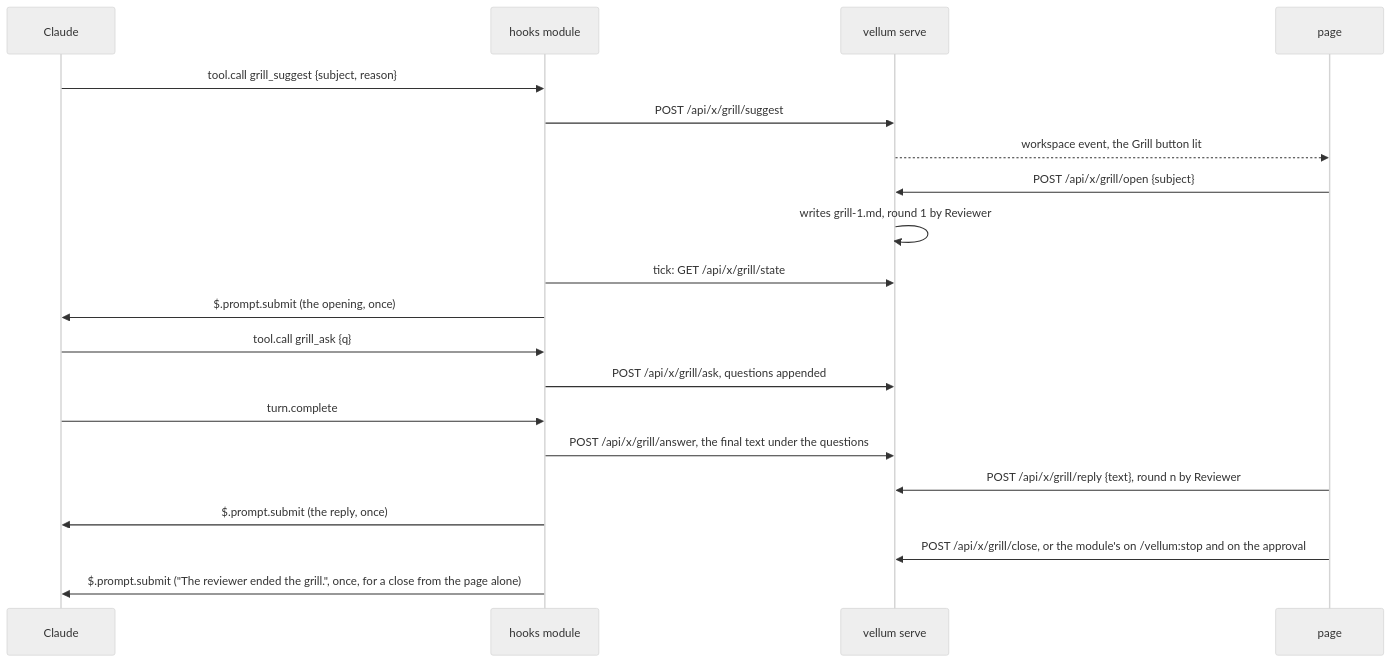
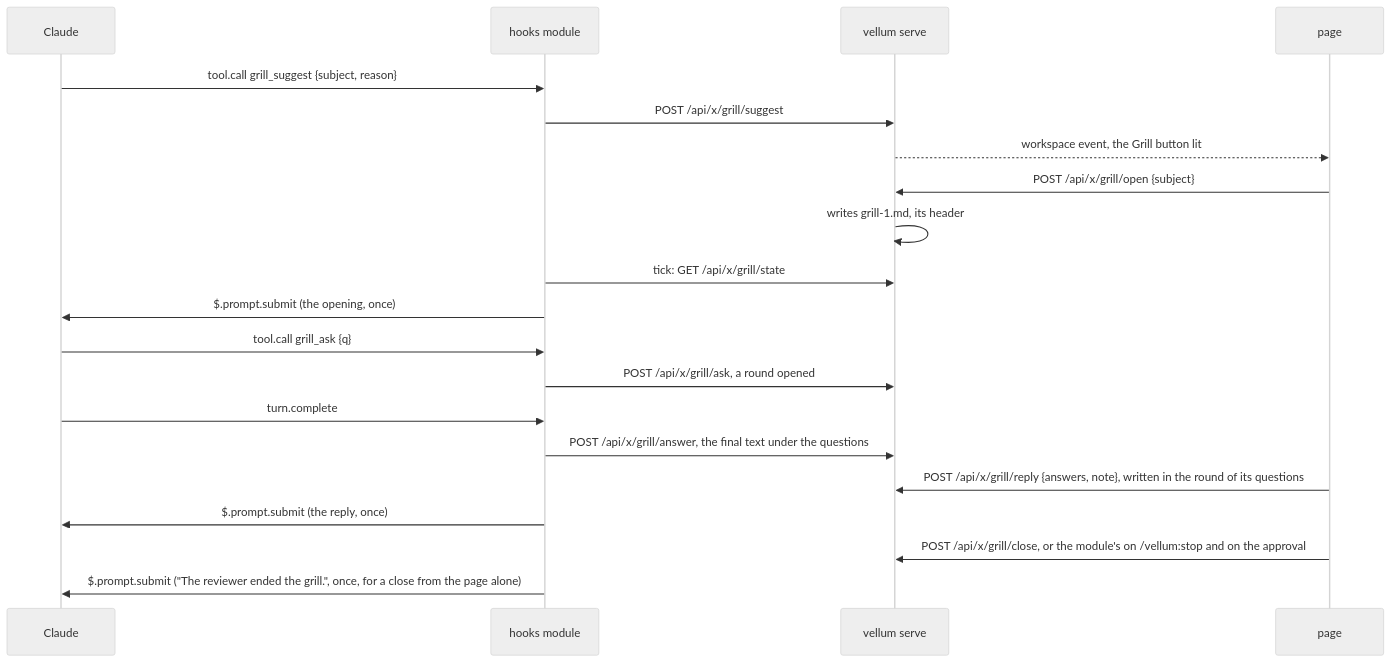
Before and after one commit to bengous/claude-code-plugins: the third of 5 diagrams in vellum/docs/architecture.md, drawn with Mermaid (neutral theme). The commit also changed other lines of this file and 14 other files, not shown here.

First line of the commit message:
fix(vellum): a grill round is Claude's, and an answer is read beside its question

````diff
--- a/vellum/docs/architecture.md
+++ b/vellum/docs/architecture.md
@@ -116,22 +116,22 @@
 ```mermaid
 sequenceDiagram
   participant C as Claude
   participant M as hooks module
   participant S as vellum serve
   participant P as page
   C->>M: tool.call grill_suggest {subject, reason}
   M->>S: POST /api/x/grill/suggest
   S-->>P: workspace event, the Grill button lit
   P->>S: POST /api/x/grill/open {subject}
-  S->>S: writes grill-1.md, round 1 by Reviewer
+  S->>S: writes grill-1.md, its header
   M->>S: tick: GET /api/x/grill/state
   M->>C: $.prompt.submit (the opening, once)
   C->>M: tool.call grill_ask {q}
-  M->>S: POST /api/x/grill/ask, questions appended
+  M->>S: POST /api/x/grill/ask, a round opened
   C->>M: turn.complete
   M->>S: POST /api/x/grill/answer, the final text under the questions
-  P->>S: POST /api/x/grill/reply {text}, round n by Reviewer
+  P->>S: POST /api/x/grill/reply {answers, note}, written in the round of its questions
   M->>C: $.prompt.submit (the reply, once)
   P->>S: POST /api/x/grill/close, or the module's on /vellum:stop and on the approval
   M->>C: $.prompt.submit ("The reviewer ended the grill.", once, for a close from the page alone)
 ```
````
